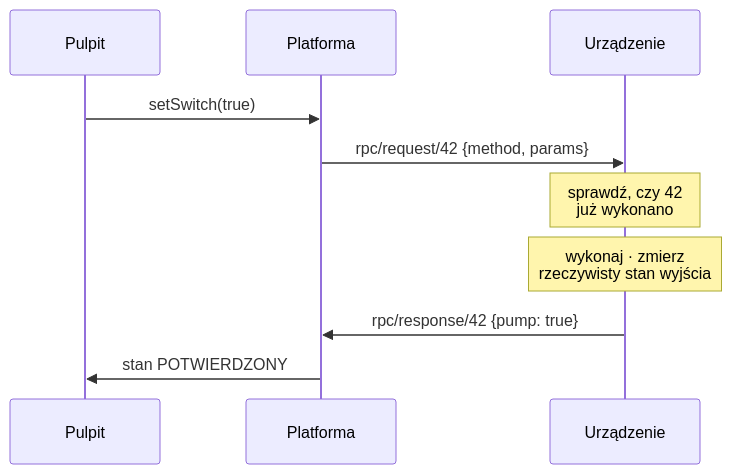
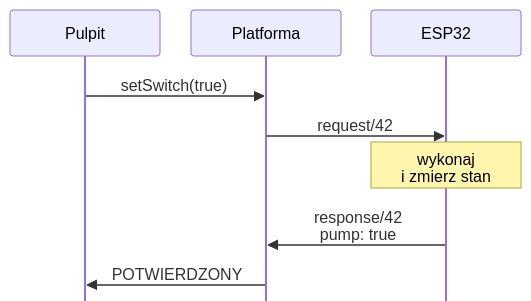
The second of 2 diagrams in slides/06-thingsboard-ce.qmd (moondec/iot_lectures), drawn with Mermaid before and after one commit. The commit also changed other lines of this file and 17 other files, not shown here.

First line of the commit message:
Make Mermaid diagrams legible and stop label clipping

````diff
--- a/slides/06-thingsboard-ce.qmd
+++ b/slides/06-thingsboard-ce.qmd
@@ -199,15 +199,14 @@
 ```{mermaid}
 %%| fig-width: 6.6
 %%| fig-height: 4.4
-%%{init: {"themeVariables": {"fontSize": "24px"}}}%%
+%%{init: {"sequence": {"mirrorActors": false, "actorMargin": 30, "width": 150, "height": 46, "boxMargin": 6, "noteMargin": 6, "messageMargin": 22, "diagramMarginX": 10, "diagramMarginY": 6}}}%%
 sequenceDiagram
     participant U as Pulpit
     participant P as Platforma
-    participant D as Urządzenie
+    participant D as ESP32
     U->>P: setSwitch(true)
-    P->>D: rpc/request/42 {method, params}
-    Note over D: sprawdź, czy 42<br>już wykonano
-    Note over D: wykonaj · zmierz<br>rzeczywisty stan wyjścia
-    D->>P: rpc/response/42 {pump: true}
-    P->>U: stan POTWIERDZONY
+    P->>D: request/42
+    Note over D: wykonaj<br>i zmierz stan
+    D->>P: response/42<br>pump: true
+    P->>U: POTWIERDZONY
 ```
````
